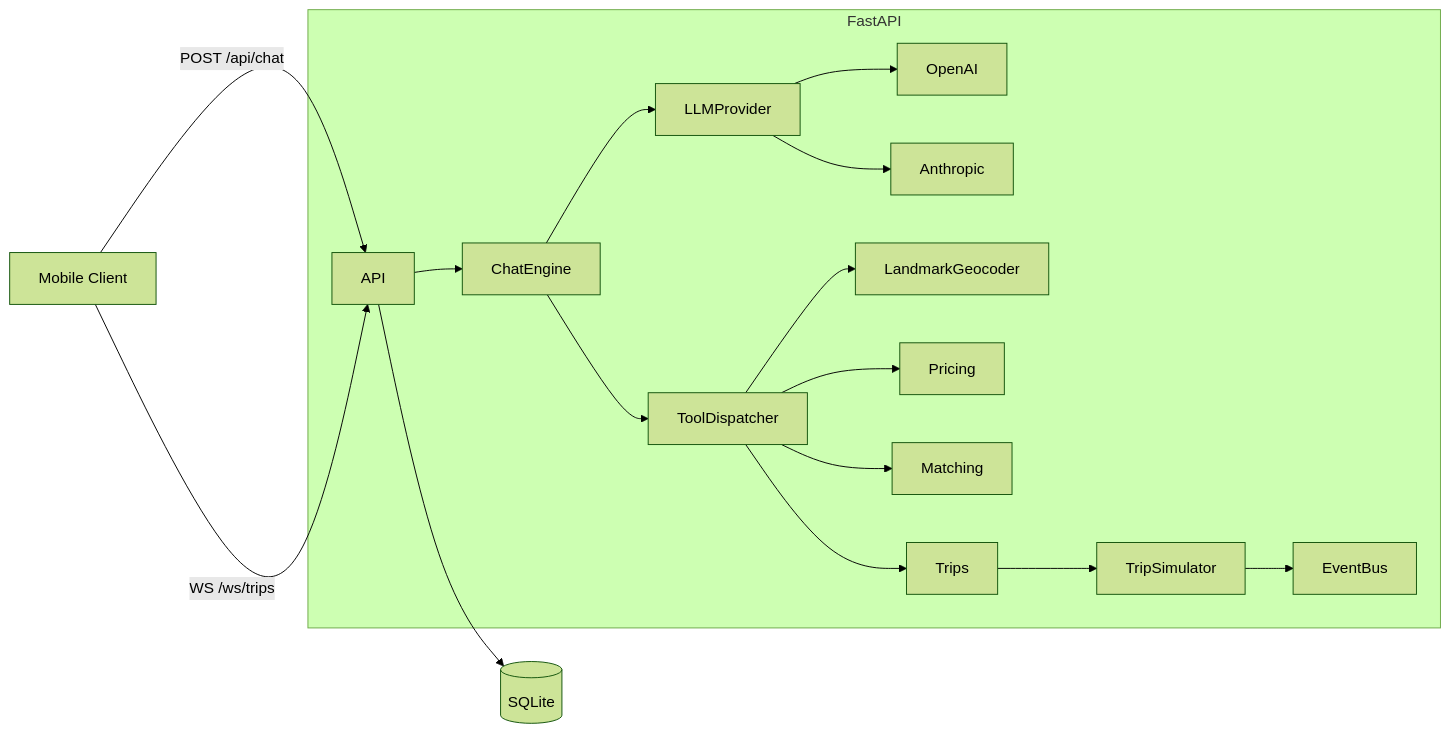
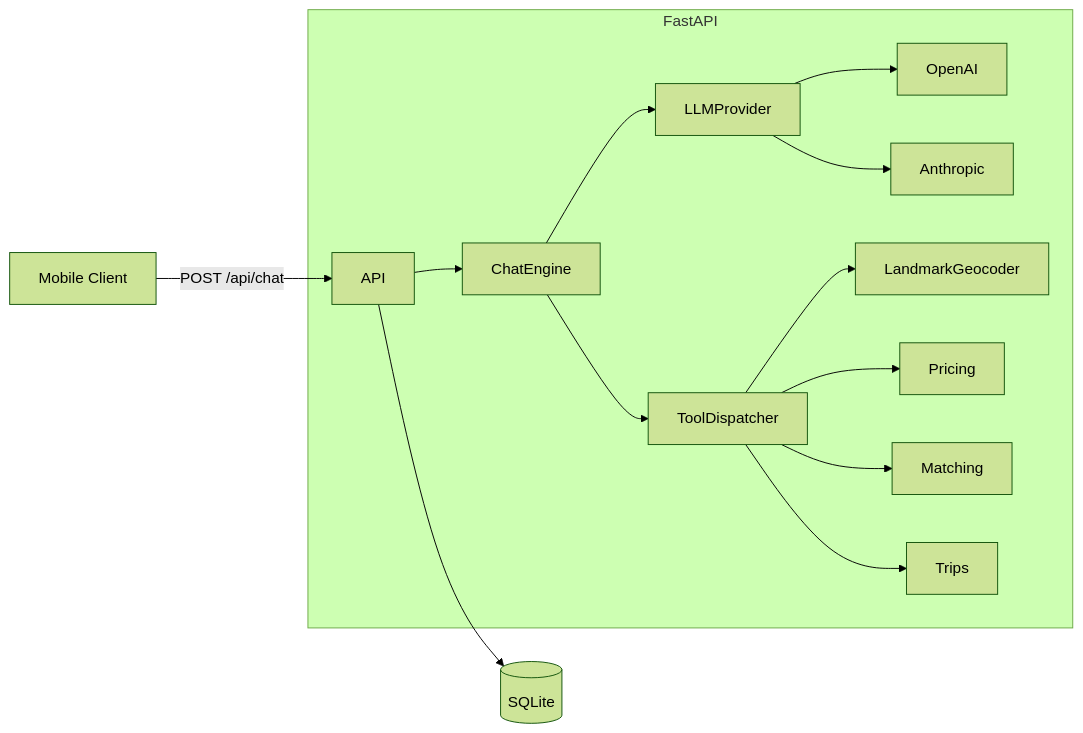
The diagram in README.md (omniaamer1911/Ride_Chatbot), drawn with Mermaid (forest theme) before and after one commit. The commit also changed other lines of this file and 14 other files, not shown here.

````diff
--- a/README.md
+++ b/README.md
@@ -7,19 +7,16 @@
 ```mermaid
 flowchart LR
     Client[Mobile Client] -->|POST /api/chat| API
-    Client -->|WS /ws/trips| API
     subgraph FastAPI [FastAPI]
         API[API] --> Engine[ChatEngine]
         Engine --> LLM[LLMProvider]
         LLM --> OpenAI[OpenAI]
         LLM --> Anthropic[Anthropic]
         Engine --> Tools[ToolDispatcher]
         Tools --> Geo[LandmarkGeocoder]
         Tools --> Price[Pricing]
         Tools --> Match[Matching]
         Tools --> Trips[Trips]
-        Trips --> Sim[TripSimulator]
-        Sim --> Bus[EventBus]
     end
     API --> DB[(SQLite)]
 ```
````
